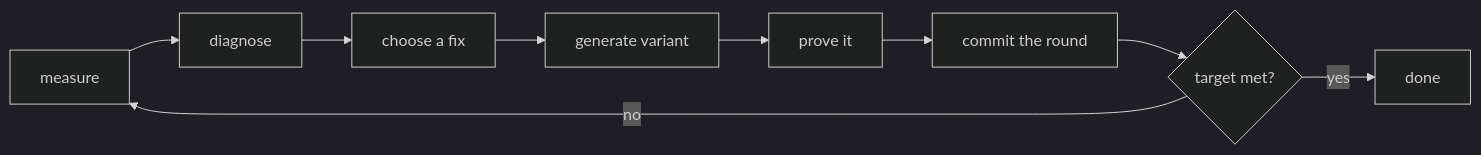
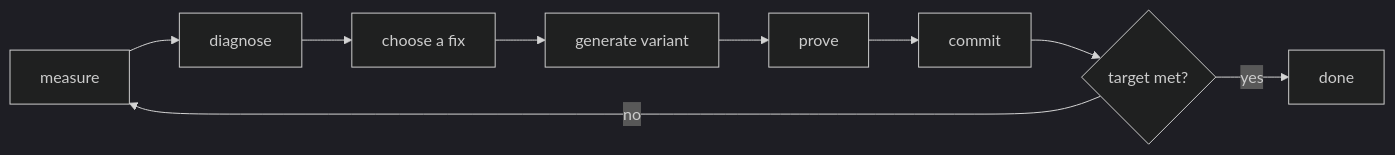
One commit to pythongiant/KernelHarness changed the diagram in README.md. Above: the diagram before and after it, drawn with Mermaid (dark theme). The commit also changed other lines of this file and 16 other files, not shown here.

````diff
--- a/README.md
+++ b/README.md
@@ -12,11 +15,7 @@
 ```mermaid
 flowchart LR
-    P[measure] --> D[diagnose]
-    D --> R[choose a fix]
-    R --> O[generate variant]
-    O --> V[prove it]
-    V --> L[commit the round]
-    L --> G{target met?}
+    P[measure] --> D[diagnose] --> R[choose a fix] --> O[generate variant]
+    O --> V[prove] --> L[commit] --> G{target met?}
     G -- no --> P
     G -- yes --> S[done]
 ```
````
